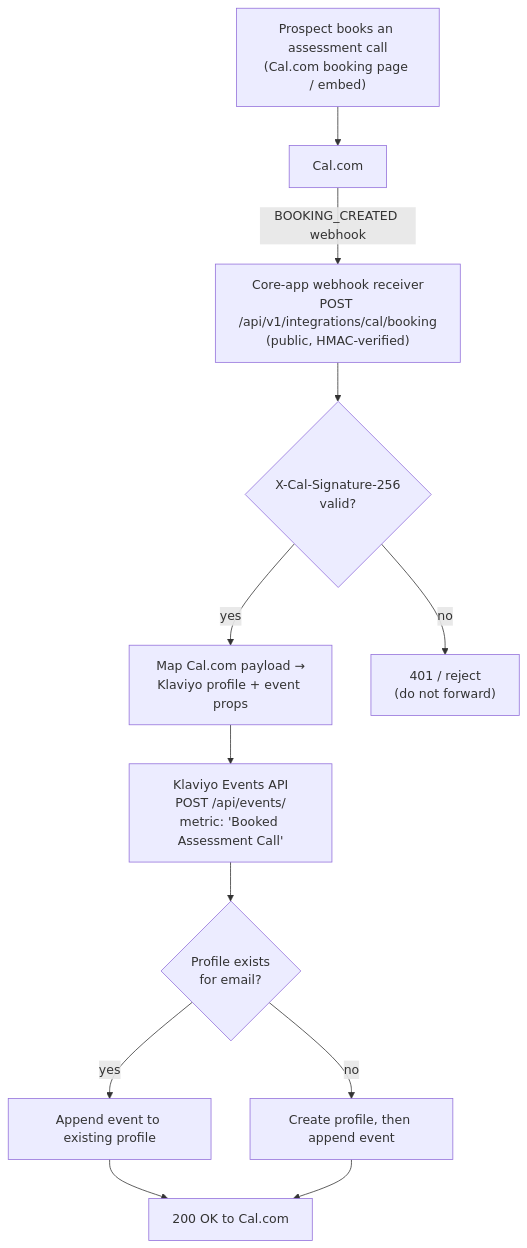
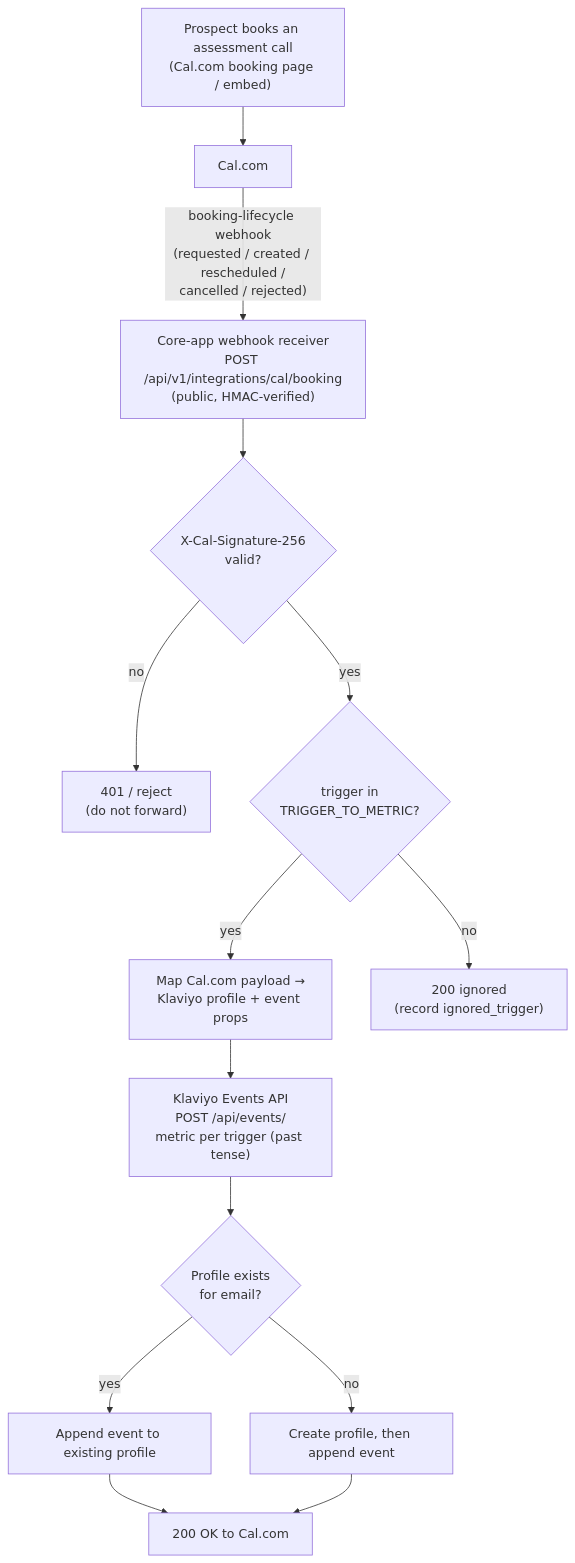
Before and after one commit to grolabsai/grolabs-app: the diagram in docs/design/klaviyo-assessment-call-events.md, drawn with Mermaid. The commit also changed other lines of this file and 1 other file, not shown here.

First line of the commit message:
feat(integrations): map all Cal.com booking-lifecycle triggers to Klaviyo

````diff
--- a/docs/design/klaviyo-assessment-call-events.md
+++ b/docs/design/klaviyo-assessment-call-events.md
@@ -80,25 +93,28 @@
 ```mermaid
 flowchart TD
   P["Prospect books an assessment call<br/>(Cal.com booking page / embed)"]
   C["Cal.com"]
   W["Core-app webhook receiver<br/>POST /api/v1/integrations/cal/booking<br/>(public, HMAC-verified)"]
   V{"X-Cal-Signature-256<br/>valid?"}
   M["Map Cal.com payload →<br/>Klaviyo profile + event props"]
-  K["Klaviyo Events API<br/>POST /api/events/<br/>metric: 'Booked Assessment Call'"]
+  K["Klaviyo Events API<br/>POST /api/events/<br/>metric per trigger (past tense)"]
   PR{"Profile exists<br/>for email?"}
   EX["Append event to existing profile"]
   NEW["Create profile, then append event"]
   R["200 OK to Cal.com"]
   X["401 / reject<br/>(do not forward)"]
+  IG["200 ignored<br/>(record ignored_trigger)"]
 
   P --> C
-  C -->|BOOKING_CREATED webhook| W
+  C -->|"booking-lifecycle webhook<br/>(requested / created / rescheduled /<br/>cancelled / rejected)"| W
   W --> V
   V -- no --> X
-  V -- yes --> M --> K
+  V -- yes --> MAP{"trigger in<br/>TRIGGER_TO_METRIC?"}
+  MAP -- no --> IG
+  MAP -- yes --> M --> K
   K --> PR
   PR -- yes --> EX
   PR -- no --> NEW
   EX --> R
   NEW --> R
 ```
````
